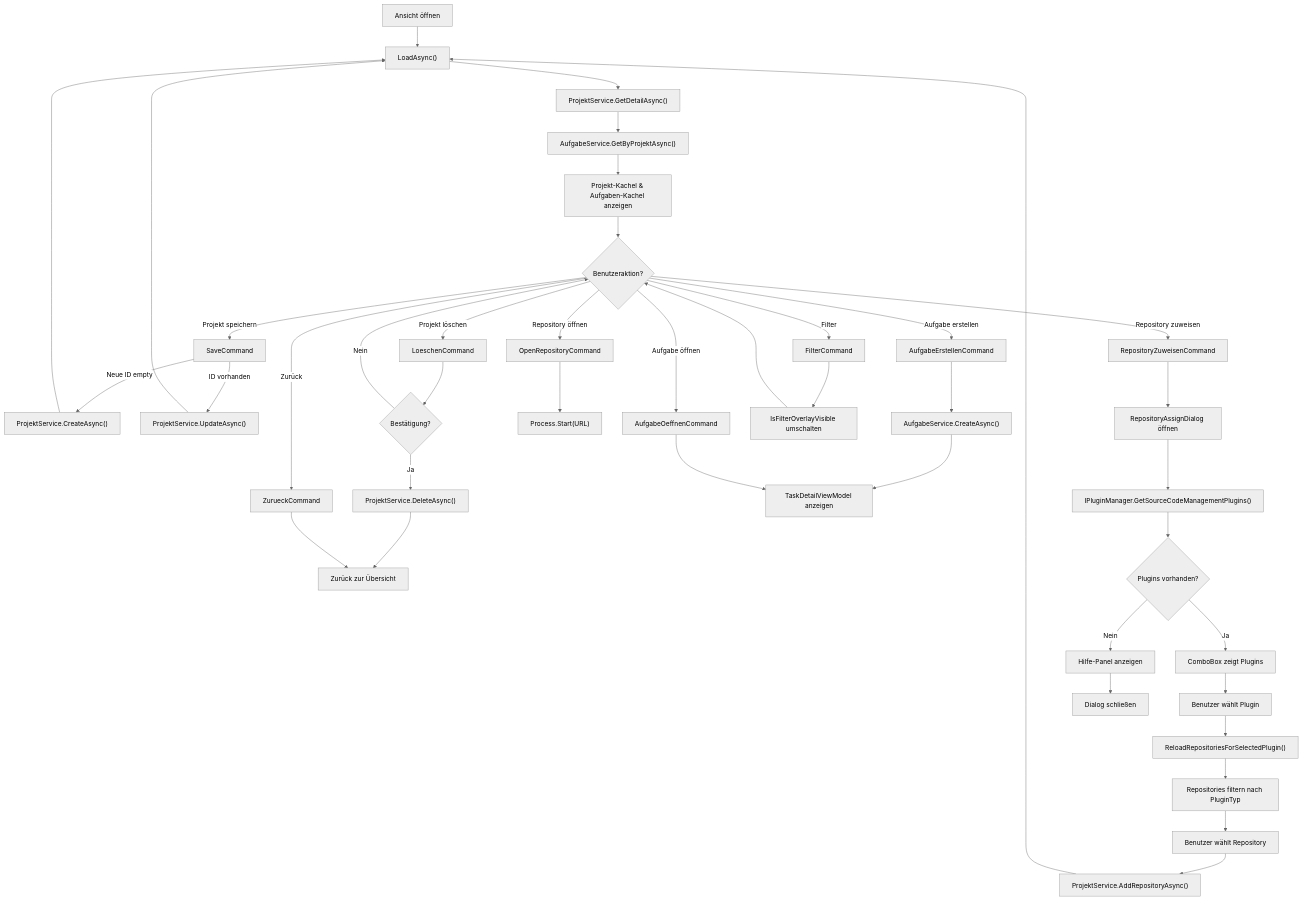
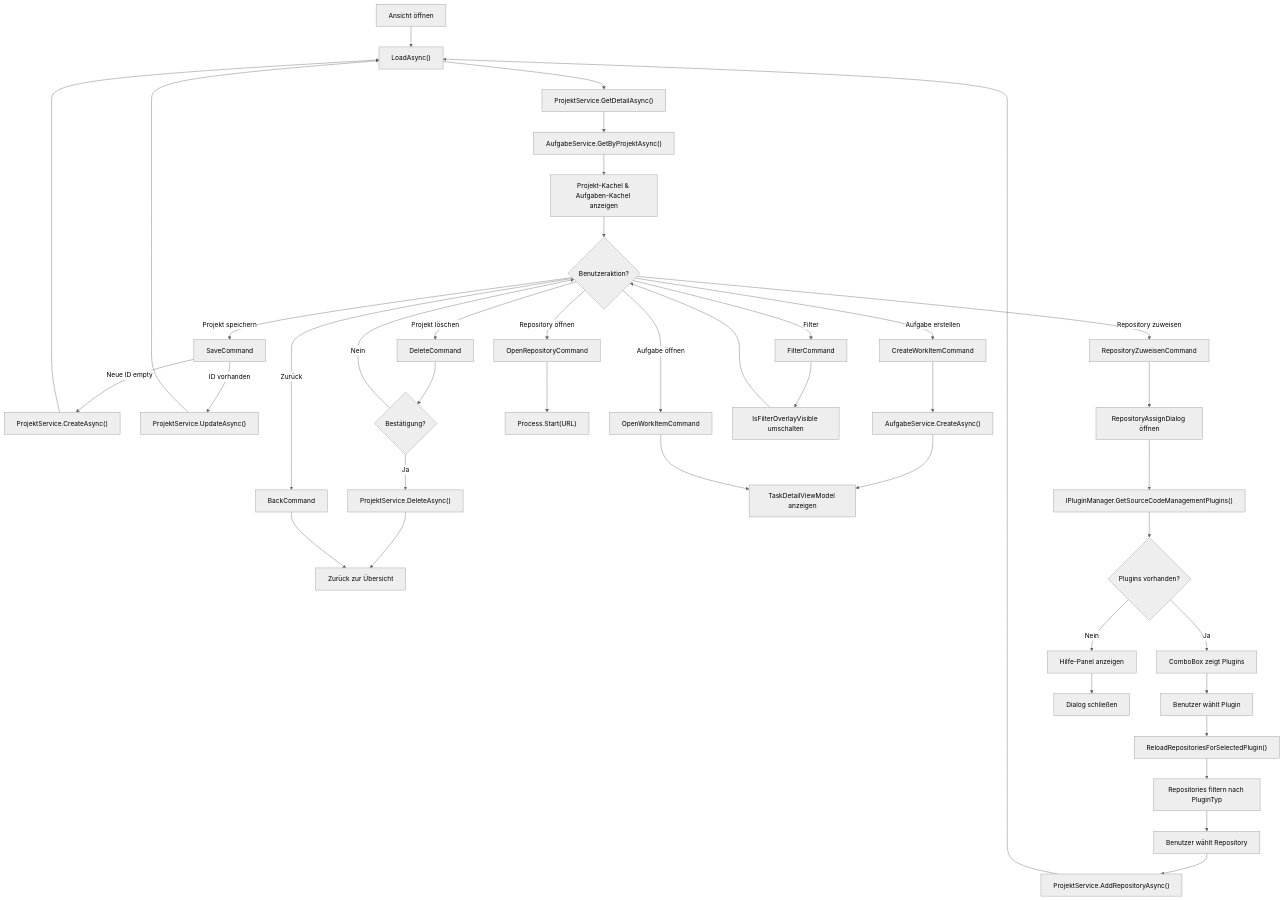
Before and after one commit to martin-stromberg/Softwareschmiede: the diagram in docs/help/projekte/ablauf-technisch.md, drawn with Mermaid (neutral theme). The commit also changed other lines of this file and 139 other files, not shown here.

````diff
--- a/docs/help/projekte/ablauf-technisch.md
+++ b/docs/help/projekte/ablauf-technisch.md
@@ -369,52 +369,52 @@
 ```mermaid
 flowchart TD
     Start[Ansicht öffnen] --> Load["LoadAsync()"]
     Load --> LoadProj["ProjektService.GetDetailAsync()"]
     LoadProj --> LoadTasks["AufgabeService.GetByProjektAsync()"]
     LoadTasks --> ShowUI["Projekt-Kachel & Aufgaben-Kachel anzeigen"]
     
     ShowUI --> UserAction{Benutzeraktion?}
     
     UserAction -->|Projekt speichern| SaveProj["SaveCommand"]
     SaveProj -->|Neue ID empty| CreateProj["ProjektService.CreateAsync()"]
     SaveProj -->|ID vorhanden| UpdateProj["ProjektService.UpdateAsync()"]
     CreateProj --> Load
     UpdateProj --> Load
     
-    UserAction -->|Projekt löschen| DelCmd["LoeschenCommand"]
+    UserAction -->|Projekt löschen| DelCmd["DeleteCommand"]
     DelCmd --> Confirm{"Bestätigung?"}
     Confirm -->|Nein| UserAction
     Confirm -->|Ja| DeleteProj["ProjektService.DeleteAsync()"]
     DeleteProj --> Back["Zurück zur Übersicht"]
     
     UserAction -->|Repository zuweisen| RepoCmd["RepositoryZuweisenCommand"]
     RepoCmd --> Dialog["RepositoryAssignDialog öffnen"]
     Dialog --> LoadPlugins["IPluginManager.GetSourceCodeManagementPlugins()"]
     LoadPlugins --> CheckPlugins{Plugins vorhanden?}
     CheckPlugins -->|Ja| ShowCombo["ComboBox zeigt Plugins"]
     CheckPlugins -->|Nein| ShowHelp["Hilfe-Panel anzeigen"]
     ShowCombo --> SelectPlugin["Benutzer wählt Plugin"]
     SelectPlugin --> ReloadRepos["ReloadRepositoriesForSelectedPlugin()"]
     ReloadRepos --> FilterRepos["Repositories filtern nach PluginTyp"]
     FilterRepos --> Select["Benutzer wählt Repository"]
     Select --> AssignRepo["ProjektService.AddRepositoryAsync()"]
     AssignRepo --> Load
     ShowHelp --> BackDialog["Dialog schließen"]
     
     UserAction -->|Repository öffnen| OpenCmd["OpenRepositoryCommand"]
     OpenCmd --> OpenBrowser["Process.Start(URL)"]
     
-    UserAction -->|Aufgabe erstellen| NewCmd["AufgabeErstellenCommand"]
+    UserAction -->|Aufgabe erstellen| NewCmd["CreateWorkItemCommand"]
     NewCmd --> CreateTask["AufgabeService.CreateAsync()"]
     CreateTask --> ShowDetail["TaskDetailViewModel anzeigen"]
     
     UserAction -->|Filter| FilterCmd["FilterCommand"]
     FilterCmd --> ToggleOverlay["IsFilterOverlayVisible umschalten"]
     ToggleOverlay --> UserAction
     
-    UserAction -->|Aufgabe öffnen| OpenTask["AufgabeOeffnenCommand"]
+    UserAction -->|Aufgabe öffnen| OpenTask["OpenWorkItemCommand"]
     OpenTask --> ShowDetail
     
-    UserAction -->|Zurück| BackCmd["ZurueckCommand"]
+    UserAction -->|Zurück| BackCmd["BackCommand"]
     BackCmd --> Back
 ```
````
